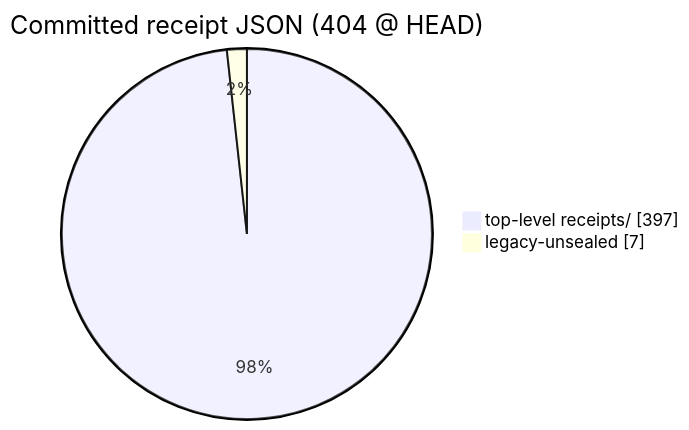
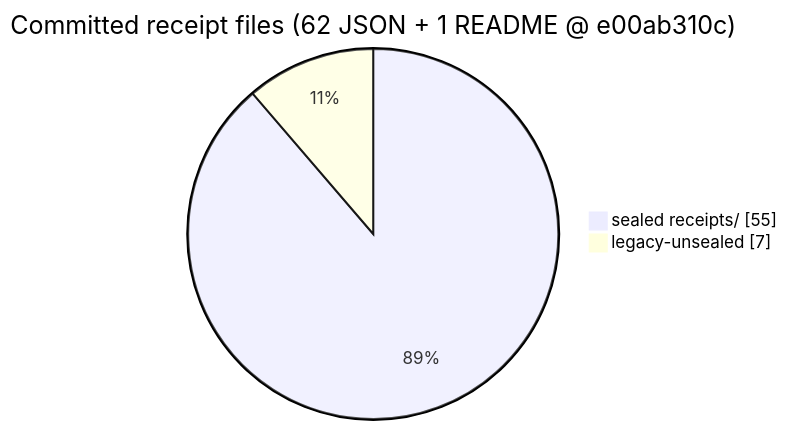
Before and after one commit to artificial-hedge/dipcatcher: diagram 16 of 32 in README.md, drawn with Mermaid. The commit also changed other lines of this file and 1454 other files, not shown here.

````diff
--- a/README.md
+++ b/README.md
@@ -1158,6 +1144,6 @@
 ```mermaid
 pie showData
-  title Committed receipt JSON (404 @ HEAD)
-  "top-level receipts/" : 397
+  title Committed receipt files (62 JSON + 1 README @ e00ab310c)
+  "sealed receipts/" : 55
   "legacy-unsealed" : 7
 ```
````
